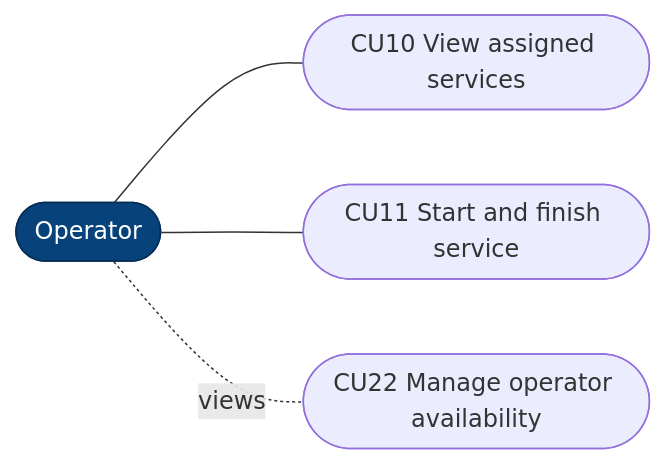
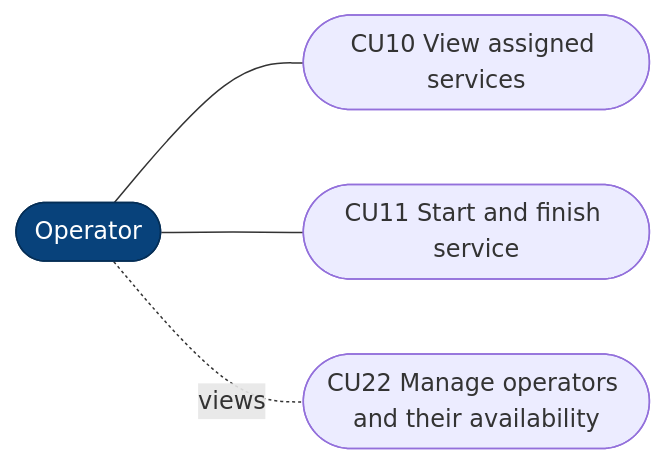
The third of 24 diagrams in 02-analisis-vistas-dinamicas/EN/dynamic-views-analysis.md (BrayanCABRERA123/lavarapido-docs), drawn with Mermaid before and after one commit. The commit also changed other lines of this file and 1 other file, not shown here.

````diff
--- a/02-analisis-vistas-dinamicas/EN/dynamic-views-analysis.md
+++ b/02-analisis-vistas-dinamicas/EN/dynamic-views-analysis.md
@@ -105,14 +110,14 @@
 ```mermaid
 flowchart LR
     Operario(["Operator"])
     CU10(["CU10 View assigned services"])
     CU11(["CU11 Start and finish service"])
-    CU22(["CU22 Manage operator availability"])
+    CU22(["CU22 Manage operators and their availability"])
 
     Operario --- CU10
     Operario --- CU11
     Operario -. "views" .- CU22
 
     classDef actor fill:#08427b,color:#fff,stroke:#052e56
     class Operario actor
 ```
````
